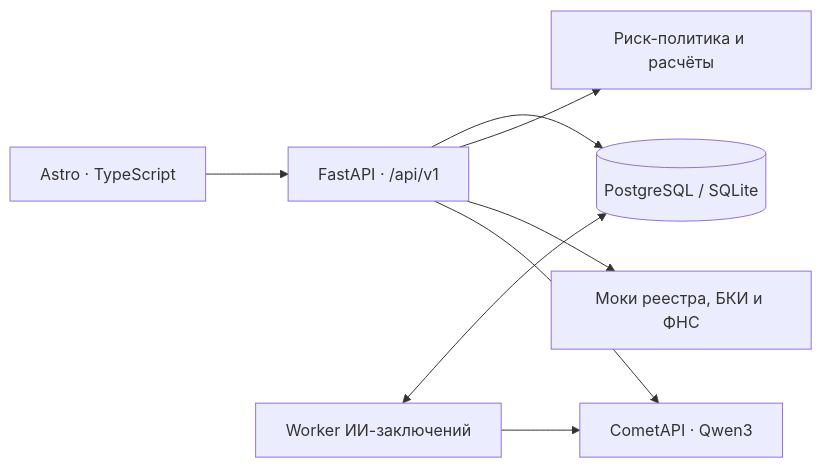
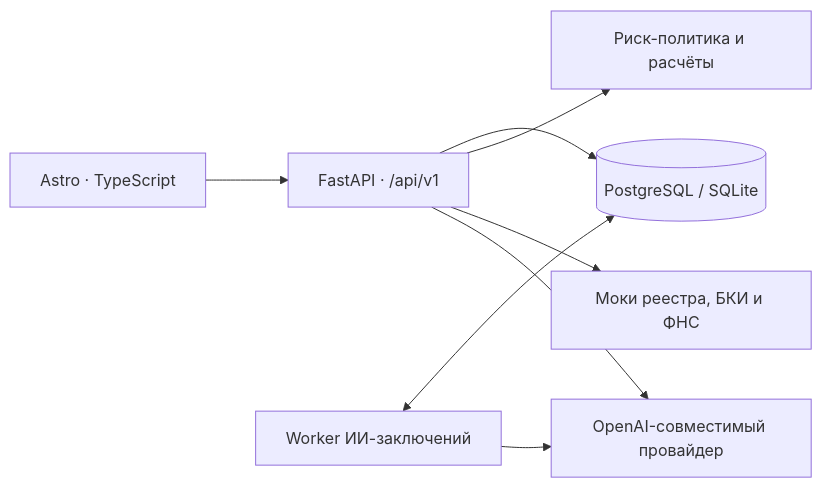
Before and after one commit to Michl00/AlfaFuture-CreditAccount: the diagram in README.md, drawn with Mermaid. The commit also changed other lines of this file and 60 other files, not shown here.

````diff
--- a/README.md
+++ b/README.md
@@ -118,10 +124,10 @@
 ```mermaid
 flowchart LR
     UI["Astro · TypeScript"] --> API["FastAPI · /api/v1"]
     API --> DB[("PostgreSQL / SQLite")]
     API --> Rules["Риск-политика и расчёты"]
     API --> Sources["Моки реестра, БКИ и ФНС"]
     Worker["Worker ИИ-заключений"] <--> DB
-    Worker --> LLM["CometAPI · Qwen3"]
+    Worker --> LLM["OpenAI-совместимый провайдер"]
     API --> LLM
 ```
````
